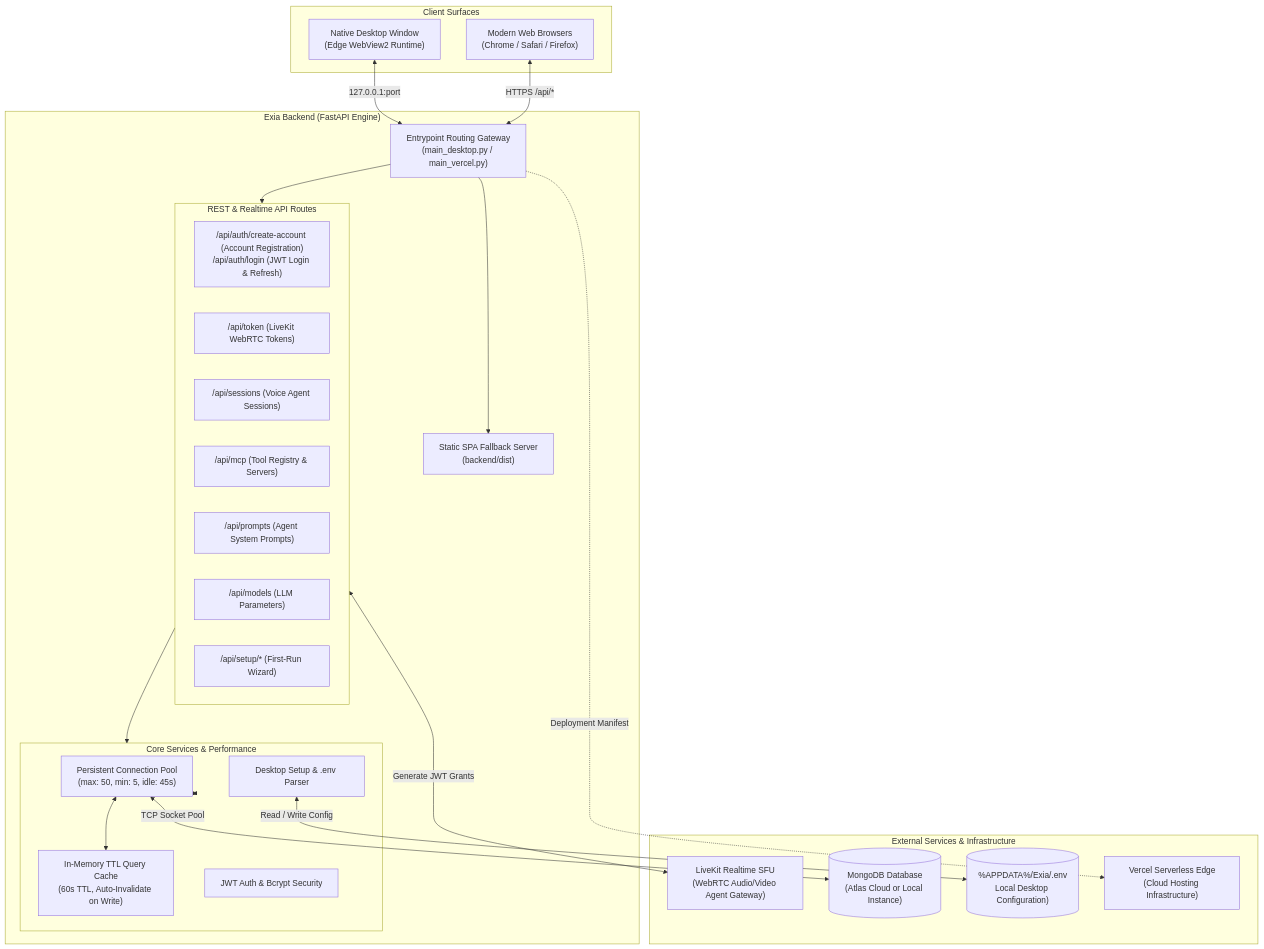
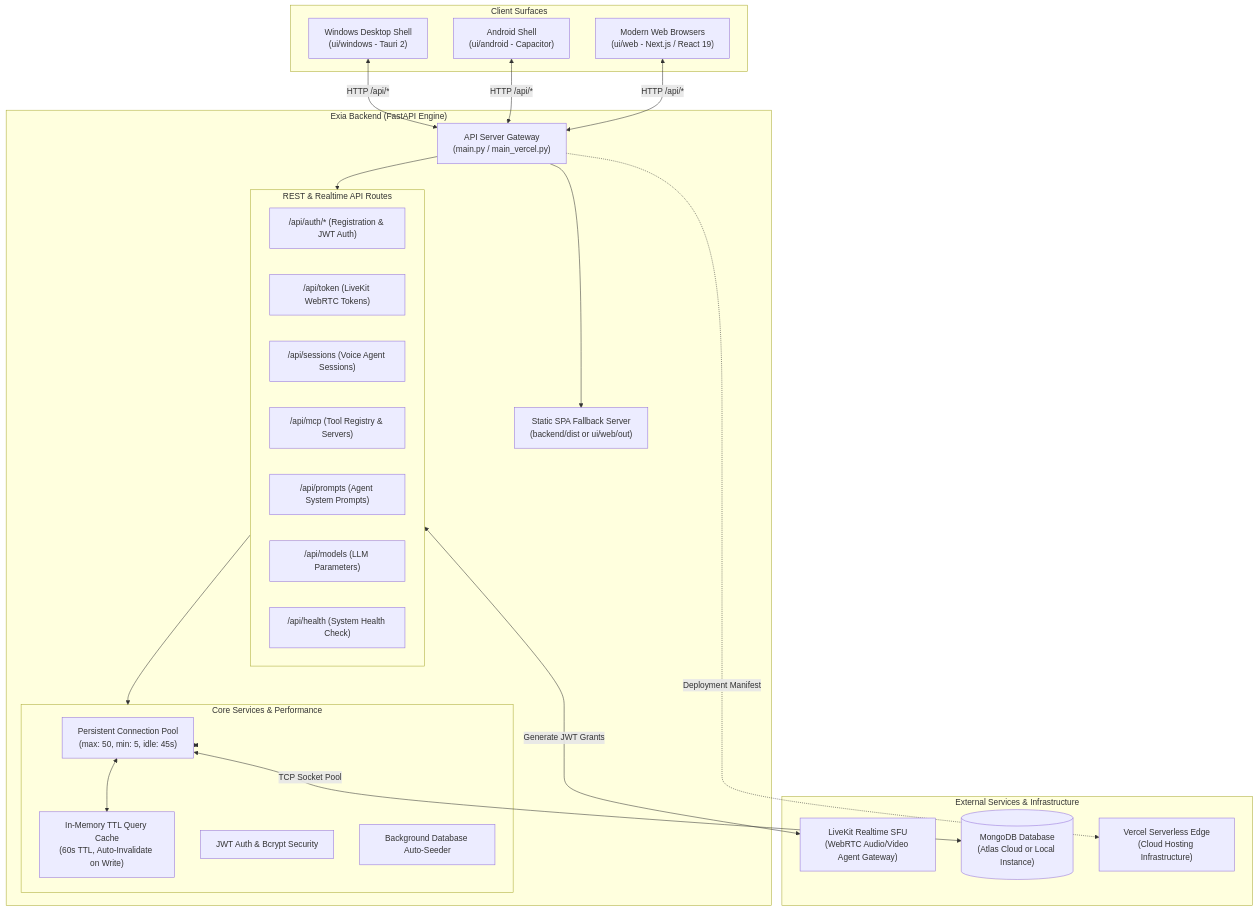
One commit to arpanchakraborty23/Exia changed the first of 2 diagrams in backend/README.md. Above: the diagram before and after it, drawn with Mermaid. The commit also changed other lines of this file and 23 other files, not shown here.

````diff
--- a/backend/README.md
+++ b/backend/README.md
@@ -13,49 +13,49 @@
 ```mermaid
 flowchart TB
     subgraph Clients ["Client Surfaces"]
-        DesktopWindow["Native Desktop Window<br/>(Edge WebView2 Runtime)"]
-        WebBrowser["Modern Web Browsers<br/>(Chrome / Safari / Firefox)"]
+        TauriClient["Windows Desktop Shell<br/>(ui/windows - Tauri 2)"]
+        CapacitorClient["Android Shell<br/>(ui/android - Capacitor)"]
+        WebBrowser["Modern Web Browsers<br/>(ui/web - Next.js / React 19)"]
     end
 
     subgraph BackendCore ["Exia Backend (FastAPI Engine)"]
-        Gateway["Entrypoint Routing Gateway<br/>(main_desktop.py / main_vercel.py)"]
+        Gateway["API Server Gateway<br/>(main.py / main_vercel.py)"]
         
         subgraph APILayer ["REST & Realtime API Routes"]
-            AuthRoute["/api/auth/create-account (Account Registration)<br/>/api/auth/login (JWT Login & Refresh)"]
+            AuthRoute["/api/auth/* (Registration & JWT Auth)"]
             TokenRoute["/api/token (LiveKit WebRTC Tokens)"]
             SessionRoute["/api/sessions (Voice Agent Sessions)"]
             MCPRoute["/api/mcp (Tool Registry & Servers)"]
             PromptRoute["/api/prompts (Agent System Prompts)"]
             ModelRoute["/api/models (LLM Parameters)"]
-            SetupRoute["/api/setup/* (First-Run Wizard)"]
+            HealthRoute["/api/health (System Health Check)"]
         end
 
         subgraph ServiceLayer ["Core Services & Performance"]
             DBPool["Persistent Connection Pool<br/>(max: 50, min: 5, idle: 45s)"]
             QueryCache["In-Memory TTL Query Cache<br/>(60s TTL, Auto-Invalidate on Write)"]
             SecuritySvc["JWT Auth & Bcrypt Security"]
-            BootstrapSvc["Desktop Setup & .env Parser"]
+            AutoSeed["Background Database Auto-Seeder"]
         end
 
-        StaticServer["Static SPA Fallback Server<br/>(backend/dist)"]
+        StaticServer["Static SPA Fallback Server<br/>(backend/dist or ui/web/out)"]
     end
 
     subgraph ExternalEcosystem ["External Services & Infrastructure"]
         LiveKitSFU["LiveKit Realtime SFU<br/>(WebRTC Audio/Video Agent Gateway)"]
         MongoDBCluster[("MongoDB Database<br/>(Atlas Cloud or Local Instance)")]
-        LocalFileSystem[("%APPDATA%/Exia/.env<br/>Local Desktop Configuration)")]
         VercelPlatform["Vercel Serverless Edge<br/>(Cloud Hosting Infrastructure)"]
     end
 
-    DesktopWindow <-->|127.0.0.1:port| Gateway
-    WebBrowser <-->|HTTPS /api/*| Gateway
+    TauriClient <-->|HTTP /api/*| Gateway
+    CapacitorClient <-->|HTTP /api/*| Gateway
+    WebBrowser <-->|HTTP /api/*| Gateway
     Gateway --> APILayer
     Gateway --> StaticServer
     APILayer --> ServiceLayer
     ServiceLayer <--> DBPool
     DBPool <--> QueryCache
     DBPool <-->|TCP Socket Pool| MongoDBCluster
     APILayer <-->|Generate JWT Grants| LiveKitSFU
-    BootstrapSvc <-->|Read / Write Config| LocalFileSystem
     Gateway -.->|Deployment Manifest| VercelPlatform
 ```
````
